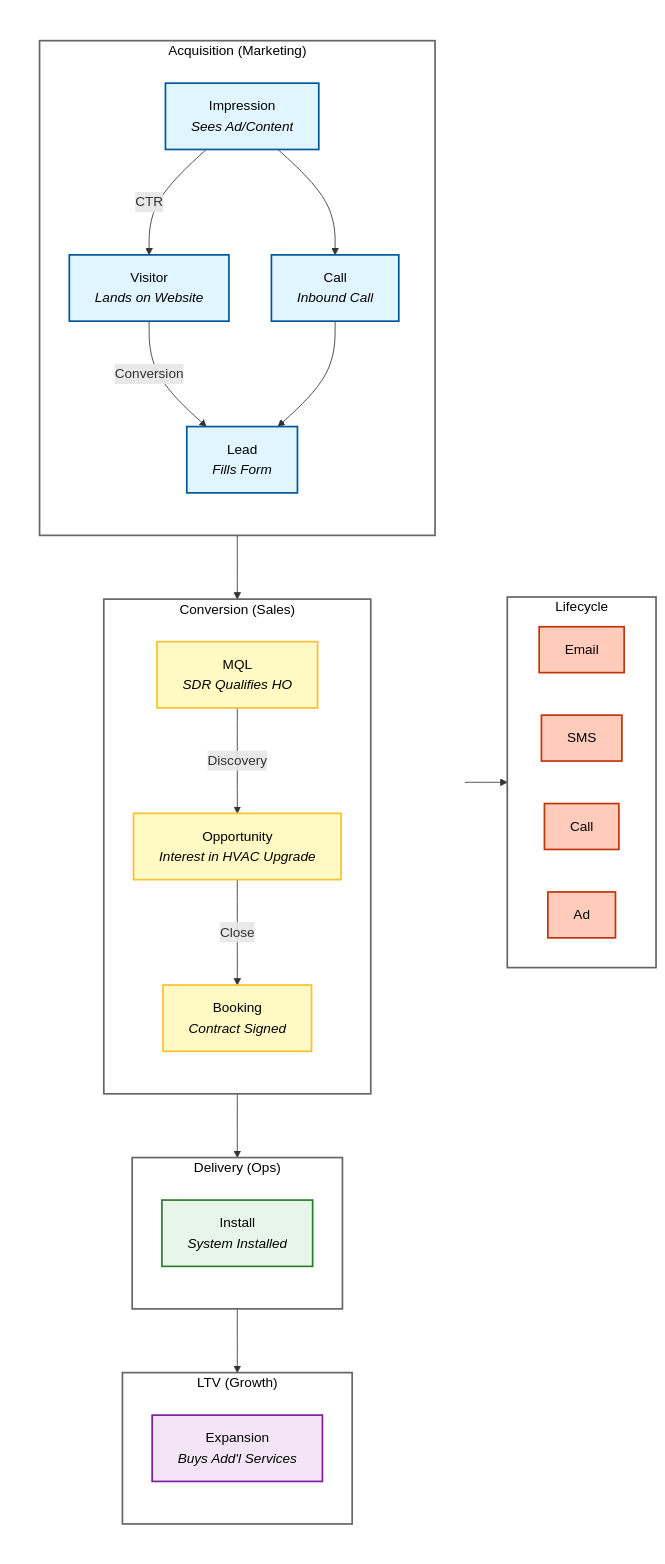
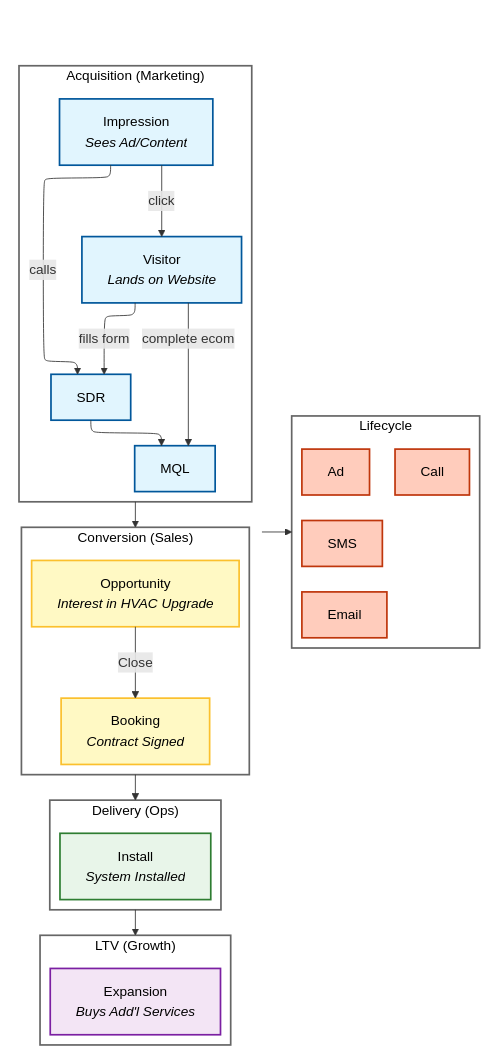
One commit to maxgveggeberg/diagrams changed the diagram in Stages.md. Above: the diagram before and after it, drawn with Mermaid. The commit also changed other lines of this file, not shown here.

Commit message:
updated acq subgraph

````diff
--- a/Stages.md
+++ b/Stages.md
@@ -4,60 +5,60 @@
 ```mermaid
+%%{init: {"flowchart": {"defaultRenderer": "elk"}} }%%
 flowchart LR
     %% Define Node Styles
     classDef marketing fill:#e1f5fe,stroke:#01579b,stroke-width:2px,color:#000
     classDef sales fill:#fff9c4,stroke:#fbc02d,stroke-width:2px,color:#000
     classDef ops fill:#e8f5e9,stroke:#2e7d32,stroke-width:2px,color:#000
     classDef growth fill:#f3e5f5,stroke:#7b1fa2,stroke-width:2px,color:#000
     classDef lifecycle fill:#ffccbc,stroke:#bf360c,stroke-width:2px,color:#000
     %% Invisible Wrapper Subgraph
     subgraph Funnel [" "]
         direction TB
         
         subgraph S1 ["Acquisition (Marketing)"]
             direction TB
             A[Impression<br/><i>Sees Ad/Content</i>]:::marketing
             B[Visitor<br/><i>Lands on Website</i>]:::marketing
-            C[Lead<br/><i>Fills Form</i>]:::marketing
-            M[Call<br/><i>Inbound Call</i>]:::marketing
-            A -->|CTR| B
-            B -->|Conversion| C
-            A --> M
-            M --> C
+            N[SDR]:::marketing
+            D[MQL]:::marketing
+            A -->|click| B
+            A -->|calls| N
+            B -->|fills form| N
+            B -->|complete ecom| D
+            N --> D
         end
         style S1 fill:#ffffff,stroke:#666,stroke-width:2px,color:#000
         subgraph S2 ["Conversion (Sales)"]
             direction TB
-            D[MQL<br/><i>SDR Qualifies HO</i>]:::sales
             E[Opportunity<br/><i>Interest in HVAC Upgrade</i>]:::sales
             F[Booking<br/><i>Contract Signed</i>]:::sales
-            D -->|Discovery| E
             E -->|Close| F
         end
         style S2 fill:#ffffff,stroke:#666,stroke-width:2px,color:#000
         subgraph S3 ["Delivery (Ops)"]
             direction TB
             G[Install<br/><i>System Installed</i>]:::ops
         end
         style S3 fill:#ffffff,stroke:#666,stroke-width:2px,color:#000
         subgraph S4 ["LTV (Growth)"]
             direction TB
             H[Expansion<br/><i>Buys Add'l Services</i>]:::growth
         end
         style S4 fill:#ffffff,stroke:#666,stroke-width:2px,color:#000
         %% Internal Subgraph Connections
         S1 --> S2
         S2 --> S3
         S3 --> S4
     end
     style Funnel fill:transparent,stroke:transparent
     subgraph S5 ["Lifecycle"]
         direction LR
         I[Email]:::lifecycle
         J[SMS]:::lifecycle
         K[Call]:::lifecycle
         L[Ad]:::lifecycle
     end
     style S5 fill:#ffffff,stroke:#666,stroke-width:2px,color:#000
     %% Wrapper to Lifecycle Connection
     Funnel --> S5
 ```
````
